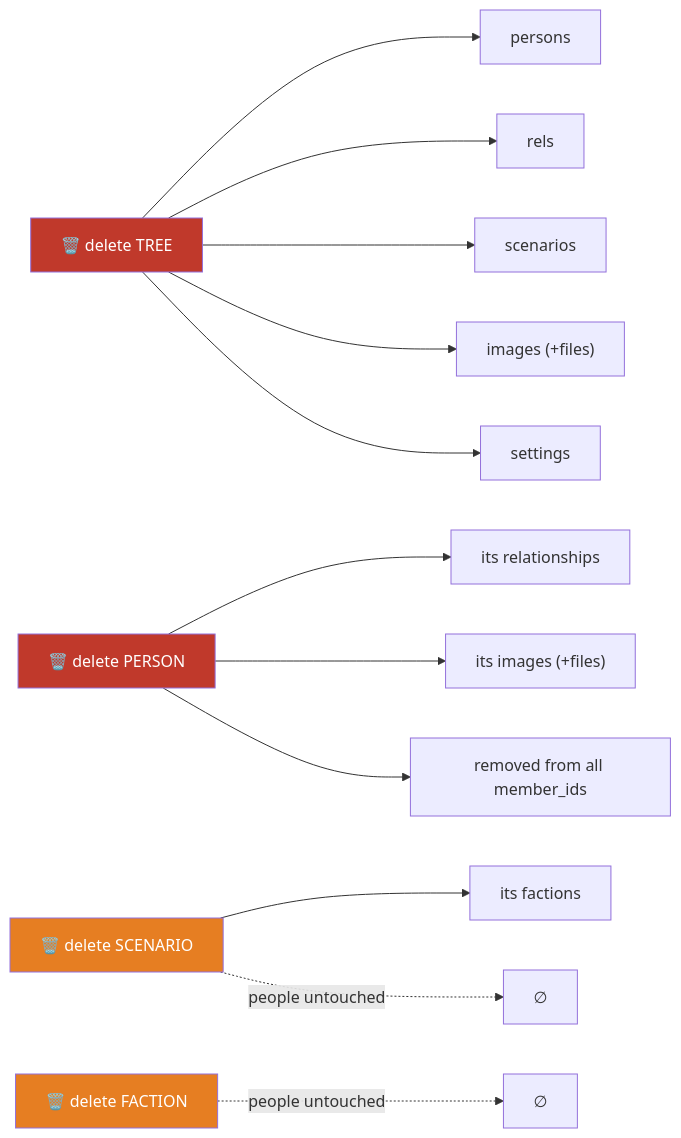
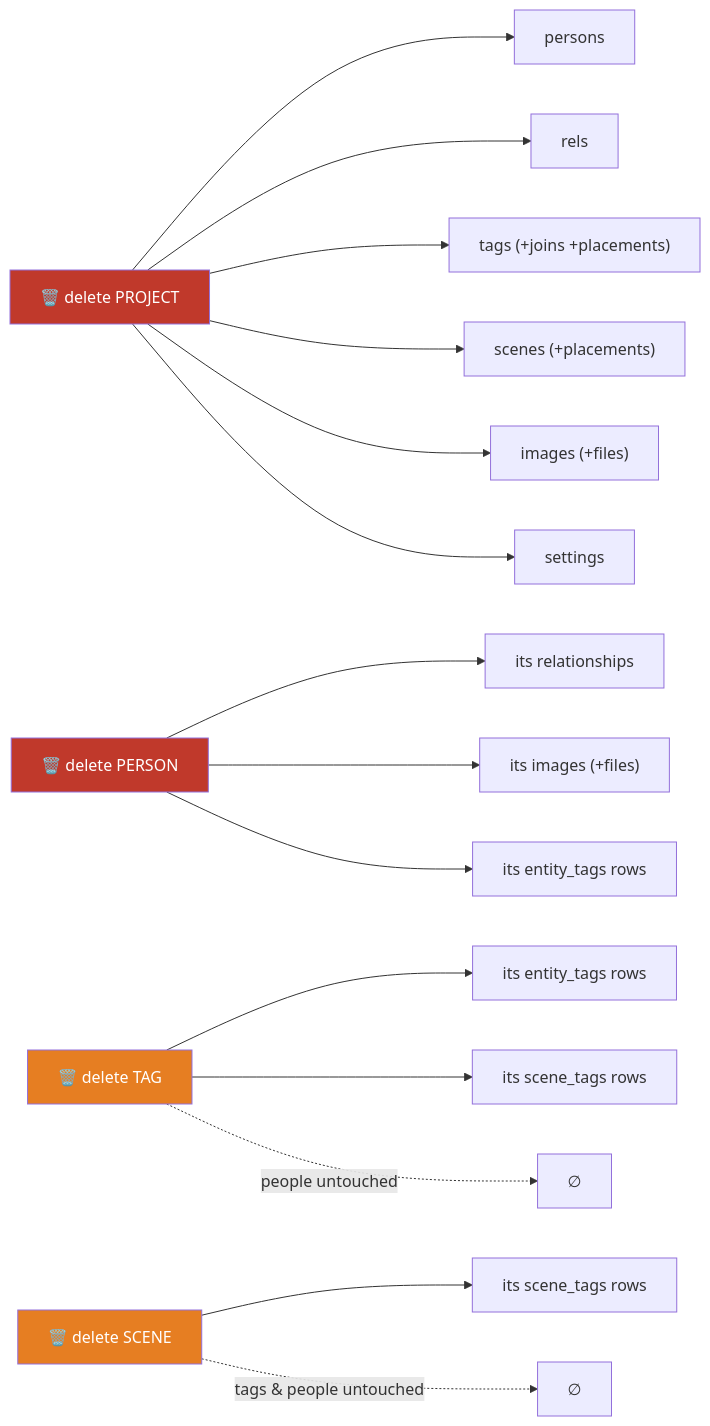
One commit to TommyChan6/ModernFamilyTree changed the second of 2 diagrams in docs/data-model.md. Above: the diagram before and after it, drawn with Mermaid. The commit also changed other lines of this file and 9 other files, not shown here.

````diff
--- a/docs/data-model.md
+++ b/docs/data-model.md
@@ -249,13 +226,14 @@
 ```mermaid
 flowchart LR
-    delTree["🗑️ delete TREE"] --> persons & rels & scenarios2["scenarios"] & images2["images (+files)"] & settings2["settings"]
-    delPerson["🗑️ delete PERSON"] --> pRels["its relationships"] & pImgs["its images (+files)"] & pMem["removed from all member_ids"]
-    delScenario["🗑️ delete SCENARIO"] --> sFactions["its factions"]
-    delScenario -. "people untouched" .-> nothing1["∅"]
-    delFaction["🗑️ delete FACTION"] -. "people untouched" .-> nothing2["∅"]
+    delProject["🗑️ delete PROJECT"] --> persons & rels & tags2["tags (+joins +placements)"] & scenes2["scenes (+placements)"] & images2["images (+files)"] & settings2["settings"]
+    delPerson["🗑️ delete PERSON"] --> pRels["its relationships"] & pImgs["its images (+files)"] & pJoins["its entity_tags rows"]
+    delTag["🗑️ delete TAG"] --> tJoins["its entity_tags rows"] & tPlace["its scene_tags rows"]
+    delScene["🗑️ delete SCENE"] --> sPlace["its scene_tags rows"]
+    delTag -. "people untouched" .-> nothing1["∅"]
+    delScene -. "tags & people untouched" .-> nothing2["∅"]
 
-    style delTree fill:#c0392b,color:#fff
+    style delProject fill:#c0392b,color:#fff
     style delPerson fill:#c0392b,color:#fff
-    style delScenario fill:#e67e22,color:#fff
-    style delFaction fill:#e67e22,color:#fff
+    style delTag fill:#e67e22,color:#fff
+    style delScene fill:#e67e22,color:#fff
 ```
````
